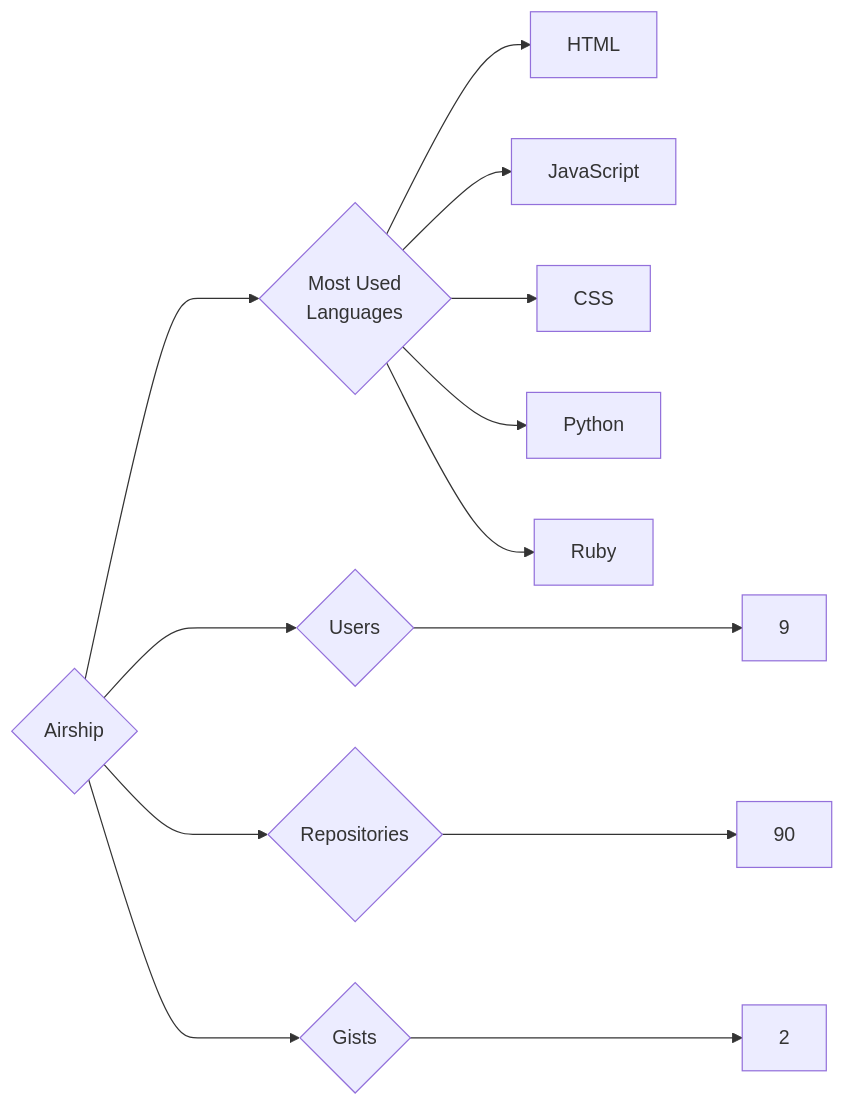
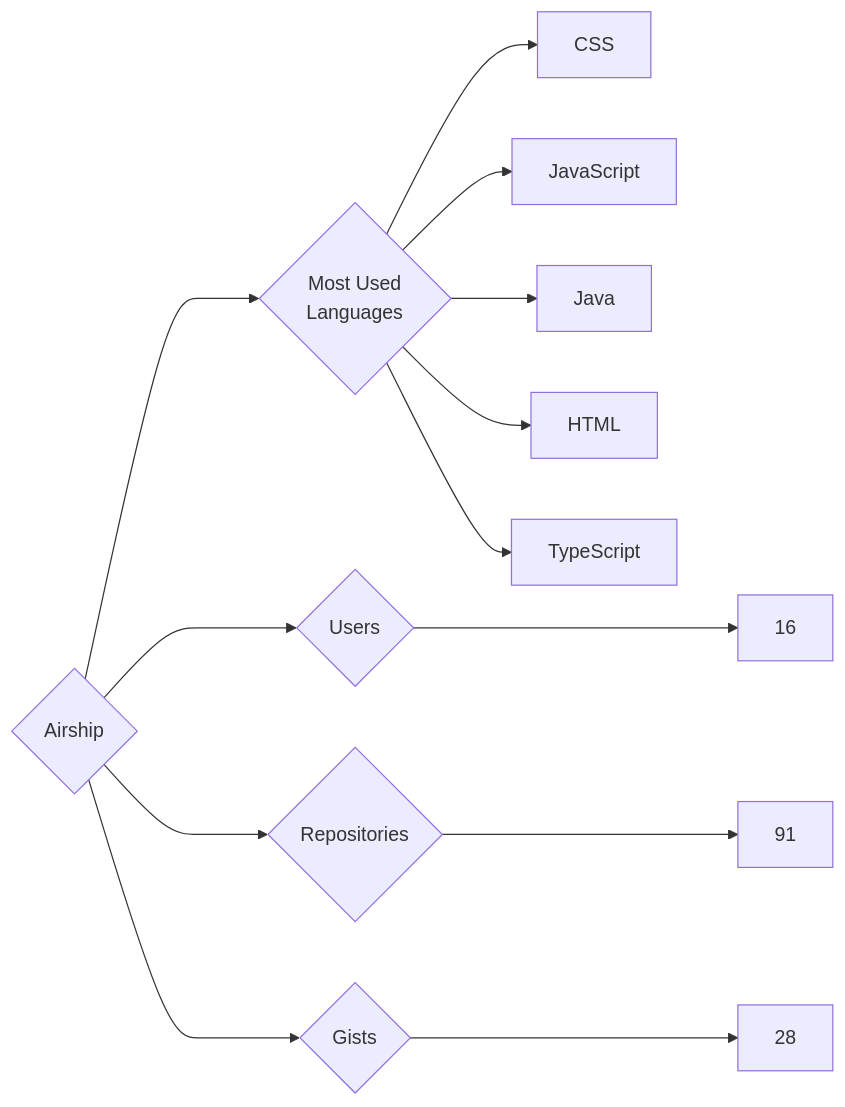
One commit to trickest/insiders changed the diagram in targets/Airship/README.md. Above: the diagram before and after it, drawn with Mermaid. The commit also changed 882 other files, not shown here.

````diff
--- a/targets/Airship/README.md
+++ b/targets/Airship/README.md
@@ -3,13 +3,13 @@
 ```mermaid
 graph LR
 COMPANY_NAME{Airship}
-COMPANY_NAME ---> U{Users} ---> UN[9]
-COMPANY_NAME ---> R{Repositories} ---> RN[90]
-COMPANY_NAME ---> G{Gists} ---> GN[2]
+COMPANY_NAME ---> U{Users} ---> UN[16]
+COMPANY_NAME ---> R{Repositories} ---> RN[91]
+COMPANY_NAME ---> G{Gists} ---> GN[28]
 COMPANY_NAME ---> ML{Most Used<br>Languages}
+ML --> CSS[CSS]
+ML --> JavaScript[JavaScript]
+ML --> Java[Java]
 ML --> HTML[HTML]
-ML --> JavaScript[JavaScript]
-ML --> CSS[CSS]
-ML --> Python[Python]
-ML --> Ruby[Ruby]
+ML --> TypeScript[TypeScript]
 ```
````
